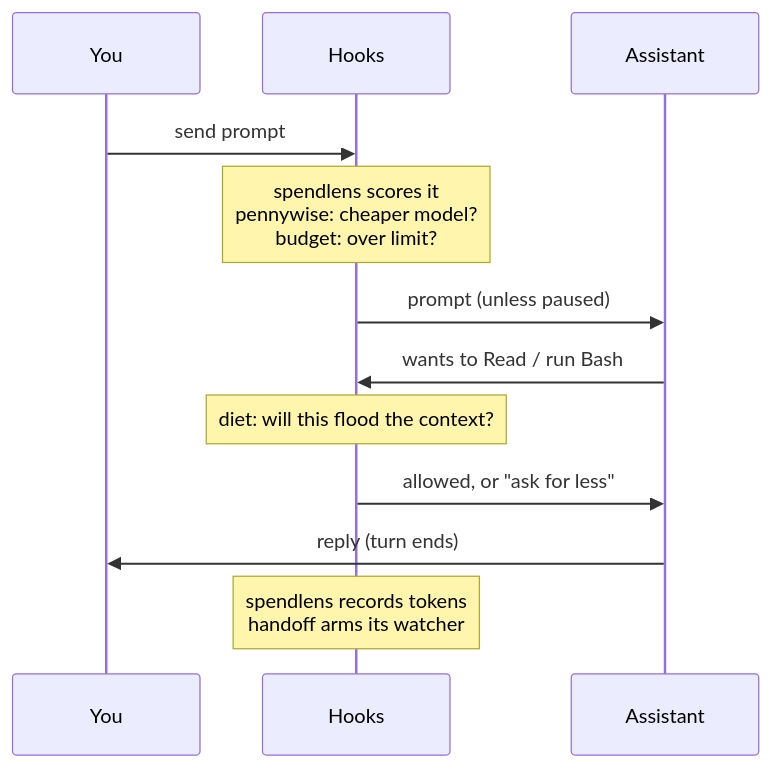
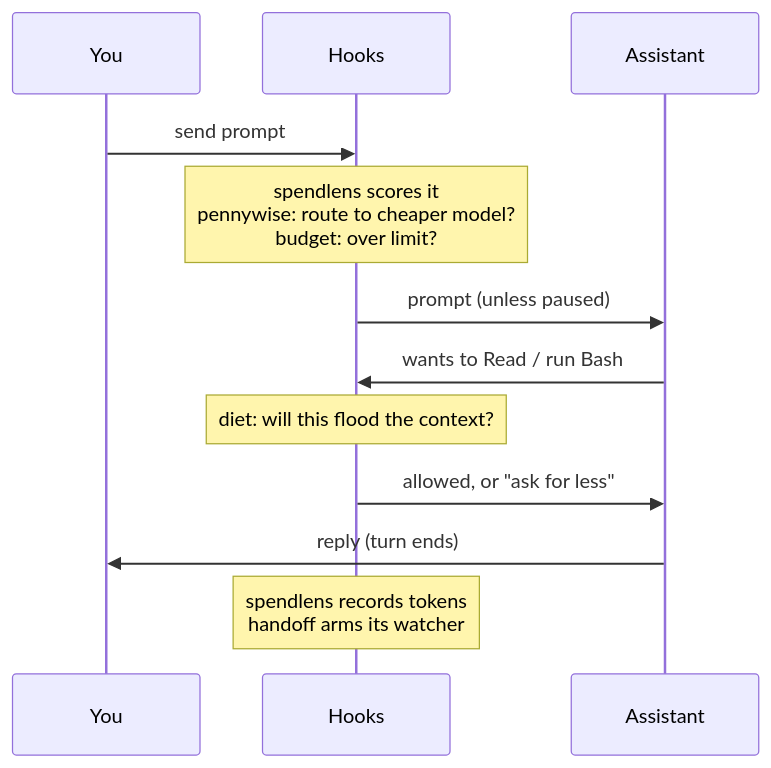
Before and after one commit to andrew44/tokenomics: the second of 2 diagrams in docs/skills-tools-and-hooks.md, drawn with Mermaid. The commit also changed other lines of this file and 13 other files, not shown here.

First line of the commit message:
pennywise: route simple prompts to a cheaper model automatically

````diff
--- a/docs/skills-tools-and-hooks.md
+++ b/docs/skills-tools-and-hooks.md
@@ -100,14 +100,14 @@
 ```mermaid
 sequenceDiagram
     participant You
     participant Hooks
     participant AI as Assistant
     You->>Hooks: send prompt
-    Note over Hooks: spendlens scores it<br/>pennywise: cheaper model?<br/>budget: over limit?
+    Note over Hooks: spendlens scores it<br/>pennywise: route to cheaper model?<br/>budget: over limit?
     Hooks->>AI: prompt (unless paused)
     AI->>Hooks: wants to Read / run Bash
     Note over Hooks: diet: will this flood the context?
     Hooks->>AI: allowed, or "ask for less"
     AI->>You: reply (turn ends)
     Note over Hooks: spendlens records tokens<br/>handoff arms its watcher
 ```
````
